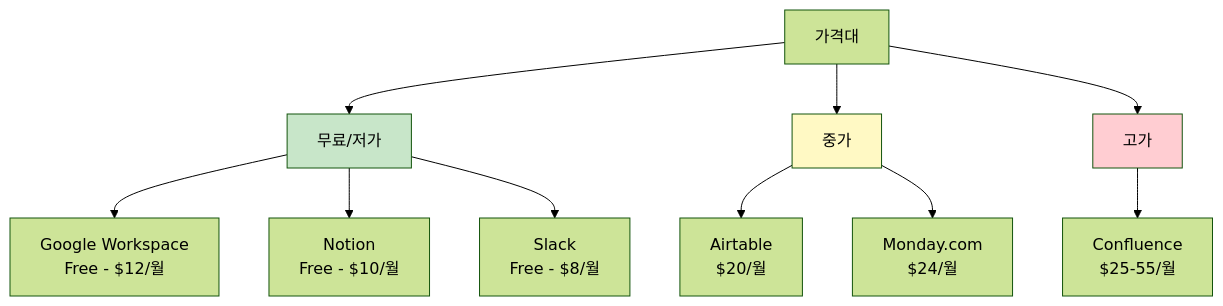
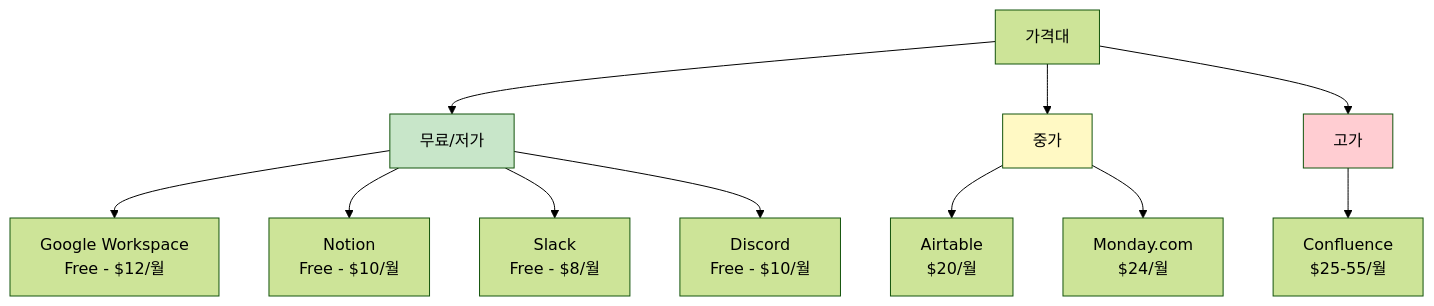
One commit to nugurejeil/weniVooks changed the tenth of 20 diagrams in _md/genai-notion/chapter06/06-2.md. Above: the diagram before and after it, drawn with Mermaid (forest theme). The commit also changed other lines of this file and 10 other files, not shown here.

````diff
--- a/_md/genai-notion/chapter06/06-2.md
+++ b/_md/genai-notion/chapter06/06-2.md
@@ -418,19 +539,20 @@
 ```mermaid
 graph TD
     A[가격대] --> B[무료/저가]
     A --> C[중가]
     A --> D[고가]
 
     B --> B1[Google Workspace<br/>Free - $12/월]
     B --> B2[Notion<br/>Free - $10/월]
     B --> B3[Slack<br/>Free - $8/월]
+    B --> B4[Discord<br/>Free - $10/월]
 
     C --> C1[Airtable<br/>$20/월]
     C --> C2[Monday.com<br/>$24/월]
 
     D --> D1[Confluence<br/>$25-55/월]
 
     style B fill:#C8E6C9
     style C fill:#FFF9C4
     style D fill:#FFCDD2
 ```
````
